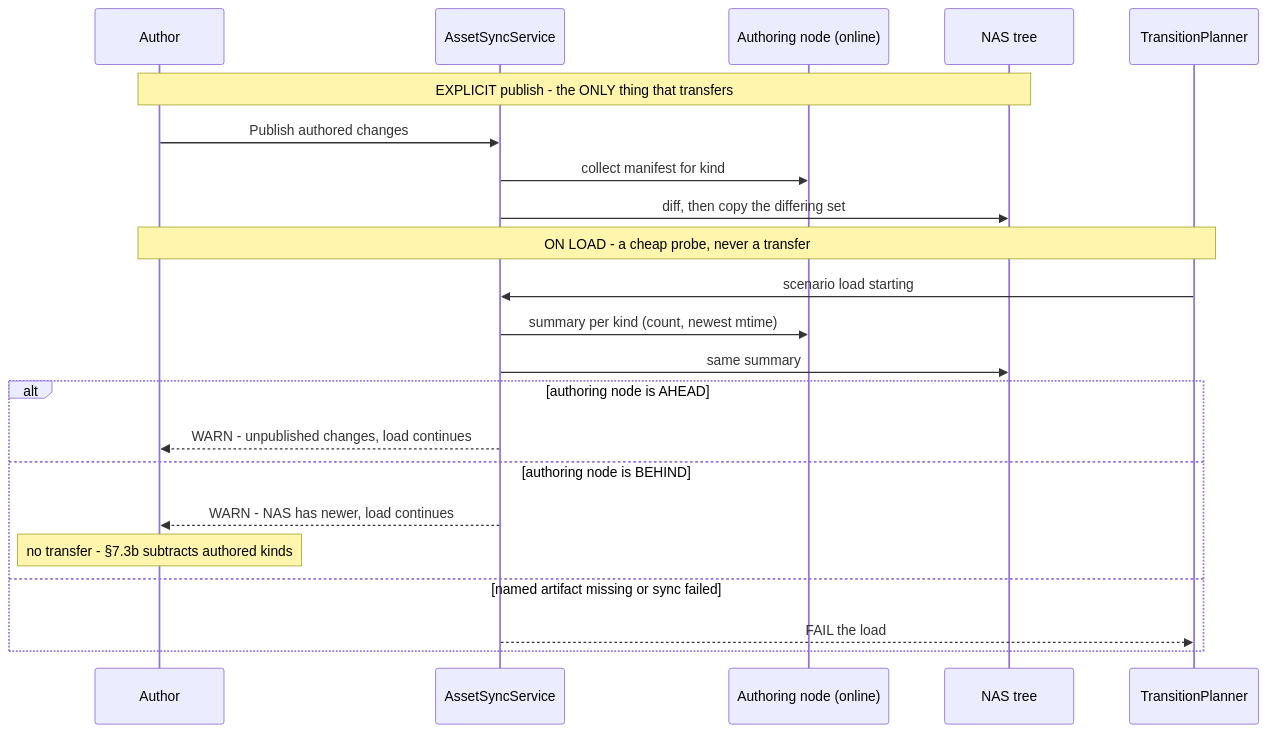
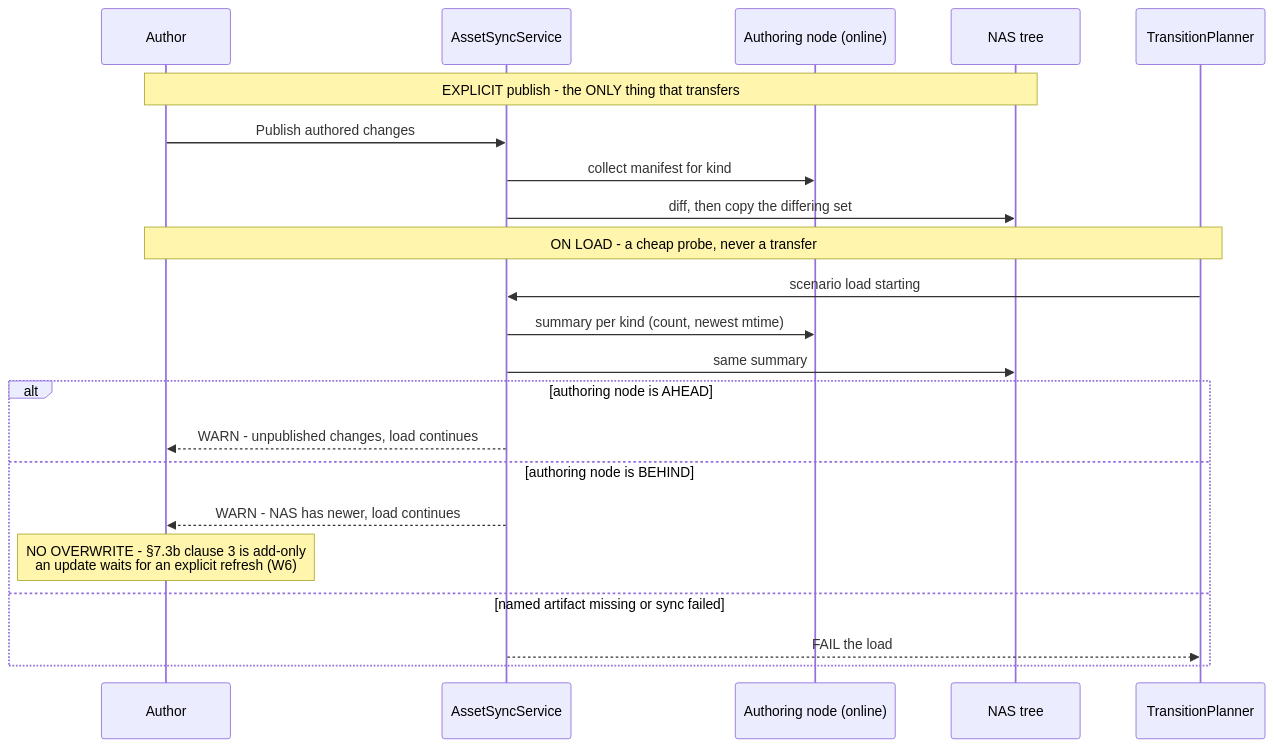
One commit to pjanec/HROT changed the third of 4 diagrams in docs/DESIGN_Asset_Management.md. Above: the diagram before and after it, drawn with Mermaid. The commit also changed other lines of this file and 3 other files, not shown here.

````diff
--- a/docs/DESIGN_Asset_Management.md
+++ b/docs/DESIGN_Asset_Management.md
@@ -212,24 +212,24 @@
 ```mermaid
 sequenceDiagram
     participant U as Author
     participant SY as AssetSyncService
     participant A as Authoring node (online)
     participant NAS as NAS tree
     participant TP as TransitionPlanner
     Note over U,NAS: EXPLICIT publish - the ONLY thing that transfers
     U->>SY: Publish authored changes
     SY->>A: collect manifest for kind
     SY->>NAS: diff, then copy the differing set
     Note over U,TP: ON LOAD - a cheap probe, never a transfer
     TP->>SY: scenario load starting
     SY->>A: summary per kind (count, newest mtime)
     SY->>NAS: same summary
     alt authoring node is AHEAD
         SY-->>U: WARN - unpublished changes, load continues
     else authoring node is BEHIND
         SY-->>U: WARN - NAS has newer, load continues
-        Note over U: no transfer - §7.3b subtracts authored kinds
+        Note over U: NO OVERWRITE - §7.3b clause 3 is add-only<br/>an update waits for an explicit refresh (W6)
     else named artifact missing or sync failed
         SY-->>TP: FAIL the load
     end
 ```
````
